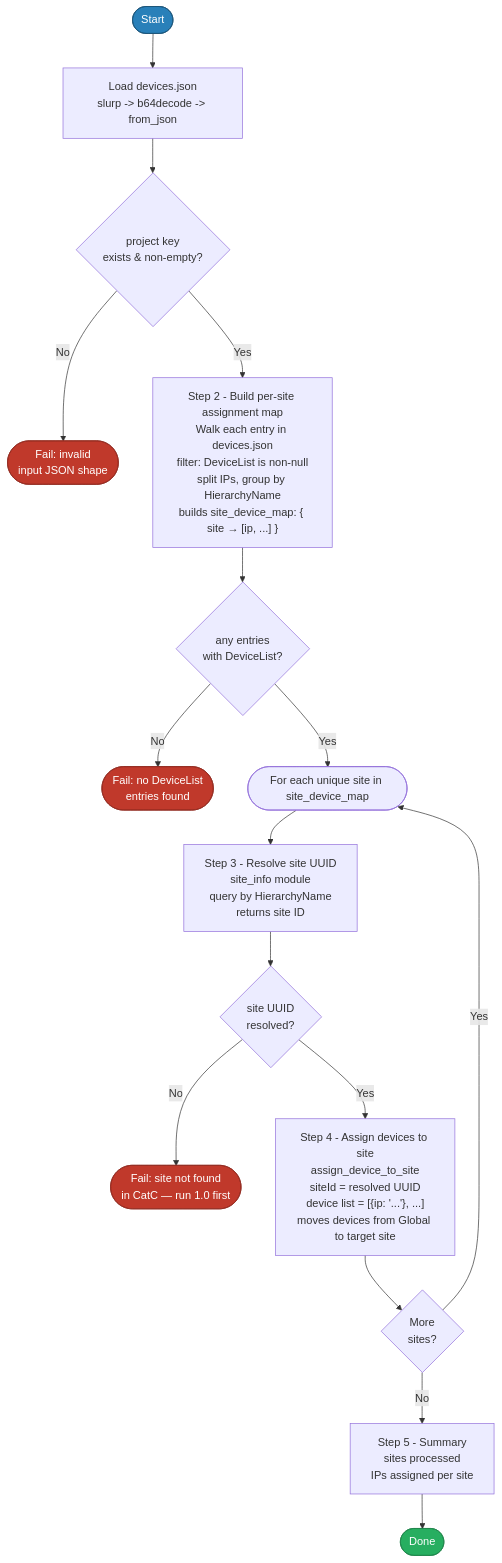
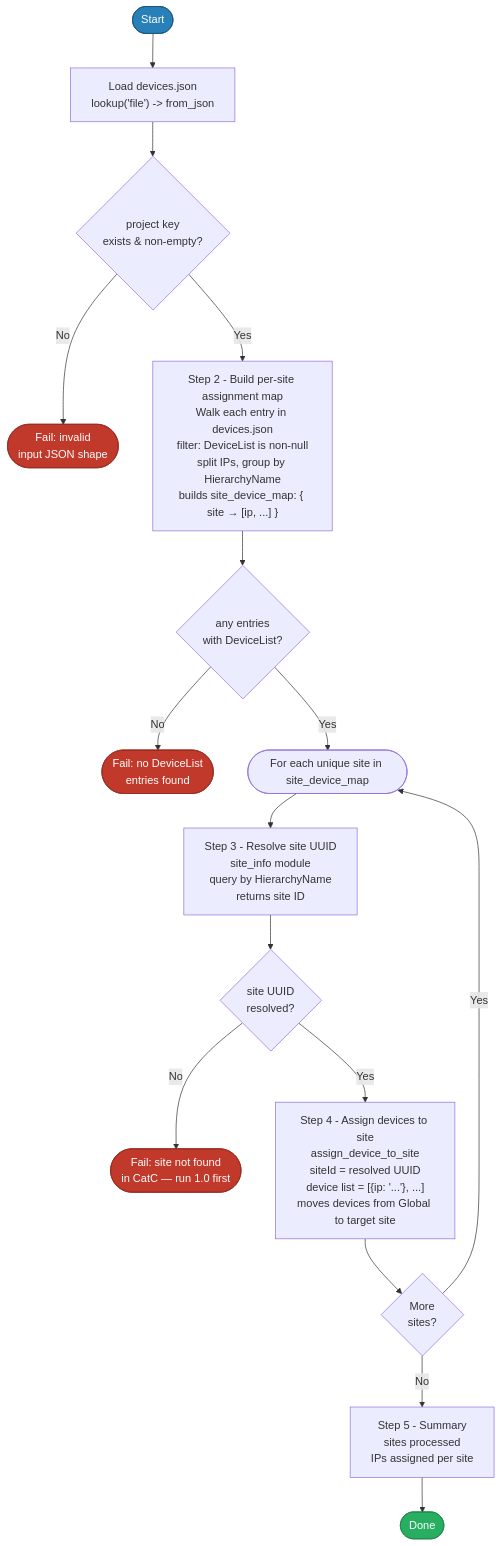
One commit to kebaldwi/TECOPS-2599 changed the diagram in Support/Resources/Ansible/4.0-Cisco-Catalyst-Center-Assign-To-Site/DIAGRAMS/logical-flow.mmd. Above: the diagram before and after it, drawn with Mermaid. The commit also changed 11 other files, not shown here.

Commit message:
docs: update flow diagrams to reflect lookup('file') simplification

```diff
--- a/Support/Resources/Ansible/4.0-Cisco-Catalyst-Center-Assign-To-Site/DIAGRAMS/logical-flow.mmd
+++ b/Support/Resources/Ansible/4.0-Cisco-Catalyst-Center-Assign-To-Site/DIAGRAMS/logical-flow.mmd
@@ -1,34 +1,34 @@
 flowchart TD
     START([Start]) --> A
 
-    A["Load devices.json<br/>slurp -&gt; b64decode -&gt; from_json"]
+    A["Load devices.json<br/>lookup('file') -&gt; from_json"]
     A --> B{project key<br/>exists &amp; non-empty?}
     B -->|No| FAIL_A([Fail: invalid<br/>input JSON shape])
     B -->|Yes| C
 
     C["Step 2 - Build per-site assignment map<br/>Walk each entry in devices.json<br/>filter: DeviceList is non-null<br/>split IPs, group by HierarchyName<br/>builds site_device_map: { site → [ip, ...] }"]
     C --> D{any entries<br/>with DeviceList?}
     D -->|No| FAIL_B([Fail: no DeviceList<br/>entries found])
     D -->|Yes| E
 
     E(["For each unique site in site_device_map"])
     E --> F
 
     F["Step 3 - Resolve site UUID<br/>site_info module<br/>query by HierarchyName<br/>returns site ID"]
     F --> G{site UUID<br/>resolved?}
     G -->|No| FAIL_C([Fail: site not found<br/>in CatC — run 1.0 first])
     G -->|Yes| H
 
     H["Step 4 - Assign devices to site<br/>assign_device_to_site<br/>siteId = resolved UUID<br/>device list = [{ip: '...'}, ...]<br/>moves devices from Global to target site"]
     H --> I{More<br/>sites?}
     I -->|Yes| E
     I -->|No| J
 
     J["Step 5 - Summary<br/>sites processed<br/>IPs assigned per site"]
     J --> DONE([Done])
 
     style FAIL_A fill:#c0392b,color:#fff,stroke:#922b21
     style FAIL_B fill:#c0392b,color:#fff,stroke:#922b21
     style FAIL_C fill:#c0392b,color:#fff,stroke:#922b21
     style DONE fill:#27ae60,color:#fff,stroke:#1e8449
     style START fill:#2980b9,color:#fff,stroke:#1a5276
```
